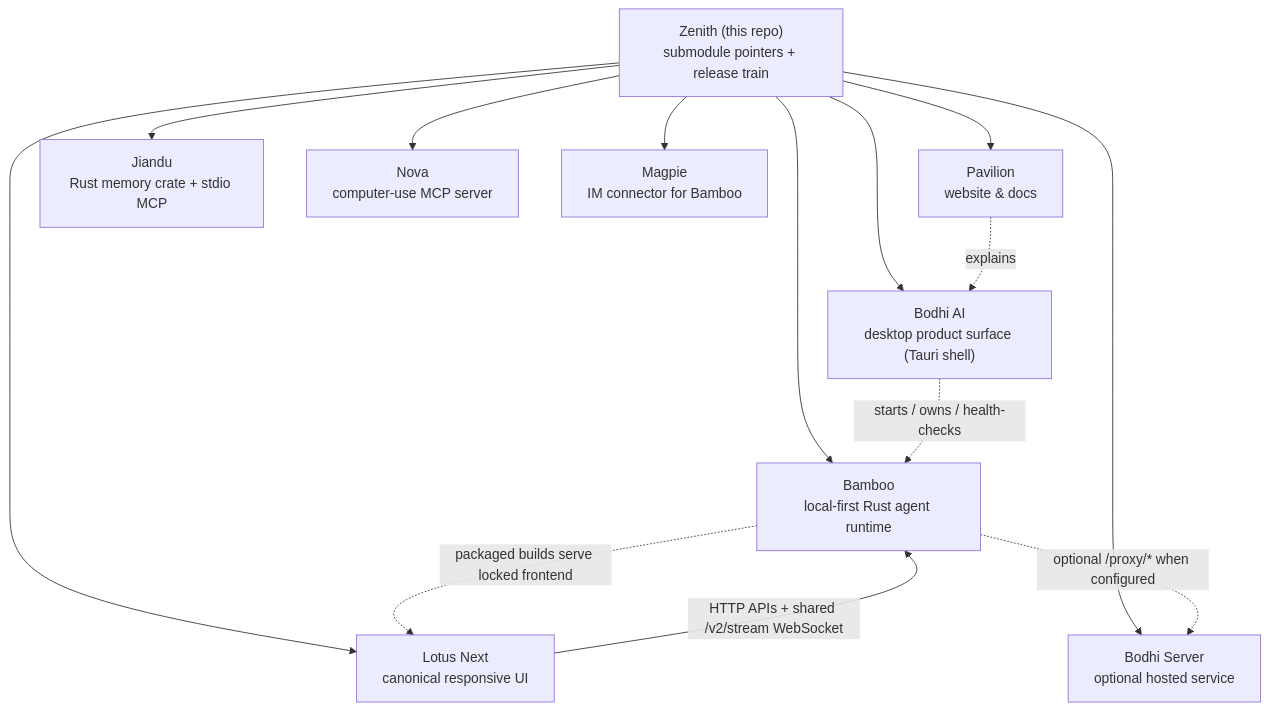
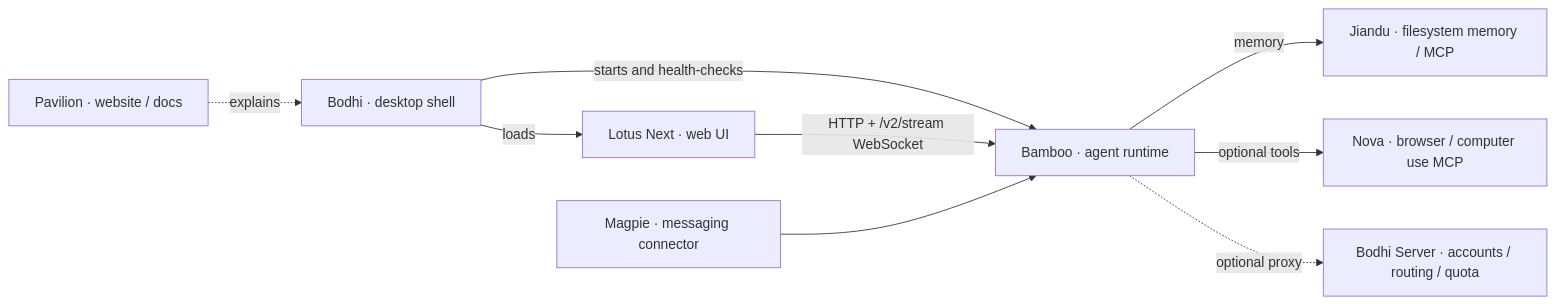
One commit to bigduu/Zenith changed the diagram in README.md. Above: the diagram before and after it, drawn with Mermaid. The commit also changed other lines of this file and 10 other files, not shown here.

Commit message:
docs: explain Zenith toolkit with verified demos and release boundaries

````diff
--- a/README.md
+++ b/README.md
@@ -41,19 +82,11 @@
 ```mermaid
-graph TD
-  Z["Zenith (this repo)<br/>submodule pointers + release train"]
-
-  Z --> B["Bodhi AI<br/>desktop product surface (Tauri shell)"]
-  Z --> R["Bamboo<br/>local-first Rust agent runtime"]
-  Z --> S["Bodhi Server<br/>optional hosted service"]
-  Z --> P["Pavilion<br/>website & docs"]
-  Z --> J["Jiandu<br/>Rust memory crate + stdio MCP"]
-  Z --> N["Nova<br/>computer-use MCP server"]
-  Z --> LN["Lotus Next<br/>canonical responsive UI"]
-  Z --> M["Magpie<br/>IM connector for Bamboo"]
-
-  B -. starts / owns / health-checks .-> R
-  R -. packaged builds serve locked frontend .-> LN
-  LN -->|HTTP APIs + shared /v2/stream WebSocket| R
-  R -. optional /proxy/* when configured .-> S
-  P -. explains .-> B
+graph LR
+  Bodhi["Bodhi · desktop shell"] -->|starts and health-checks| Bamboo["Bamboo · agent runtime"]
+  Lotus["Lotus Next · web UI"] -->|HTTP + /v2/stream WebSocket| Bamboo
+  Bodhi -->|loads| Lotus
+  Bamboo -->|memory| Jiandu["Jiandu · filesystem memory / MCP"]
+  Bamboo -->|optional tools| Nova["Nova · browser / computer use MCP"]
+  Magpie["Magpie · messaging connector"] --> Bamboo
+  Bamboo -. optional proxy .-> Server["Bodhi Server · accounts / routing / quota"]
+  Pavilion["Pavilion · website / docs"] -. explains .-> Bodhi
 ```
````
